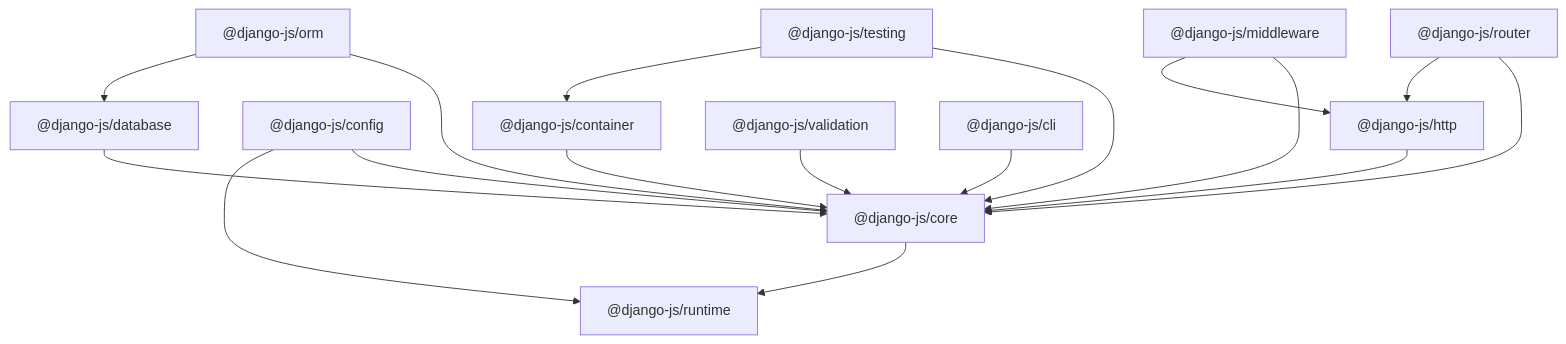
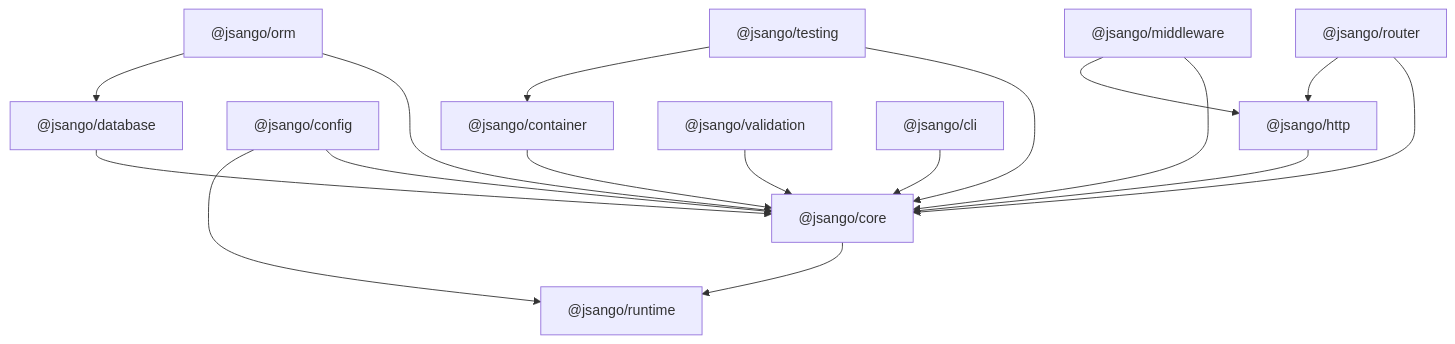
One commit to flutterbuddy1/jsango changed the diagram in docs/architecture/03-dependency-graph.md. Above: the diagram before and after it, drawn with Mermaid. The commit also changed other lines of this file and 404 other files, not shown here.

````diff
--- a/docs/architecture/03-dependency-graph.md
+++ b/docs/architecture/03-dependency-graph.md
@@ -7,32 +7,32 @@
 ```mermaid
 graph TD
-    runtime["@django-js/runtime"]
-    core["@django-js/core"]
-    container["@django-js/container"]
-    config["@django-js/config"]
-    http["@django-js/http"]
-    router["@django-js/router"]
-    middleware["@django-js/middleware"]
-    database["@django-js/database"]
-    orm["@django-js/orm"]
-    validation["@django-js/validation"]
-    cli["@django-js/cli"]
-    testing["@django-js/testing"]
+    runtime["@jsango/runtime"]
+    core["@jsango/core"]
+    container["@jsango/container"]
+    config["@jsango/config"]
+    http["@jsango/http"]
+    router["@jsango/router"]
+    middleware["@jsango/middleware"]
+    database["@jsango/database"]
+    orm["@jsango/orm"]
+    validation["@jsango/validation"]
+    cli["@jsango/cli"]
+    testing["@jsango/testing"]
 
     core --> runtime
     container --> core
     config --> core
     config --> runtime
     http --> core
     router --> core
     router --> http
     middleware --> core
     middleware --> http
     database --> core
     orm --> core
     orm --> database
     validation --> core
     cli --> core
     testing --> core
     testing --> container
 ```
````
